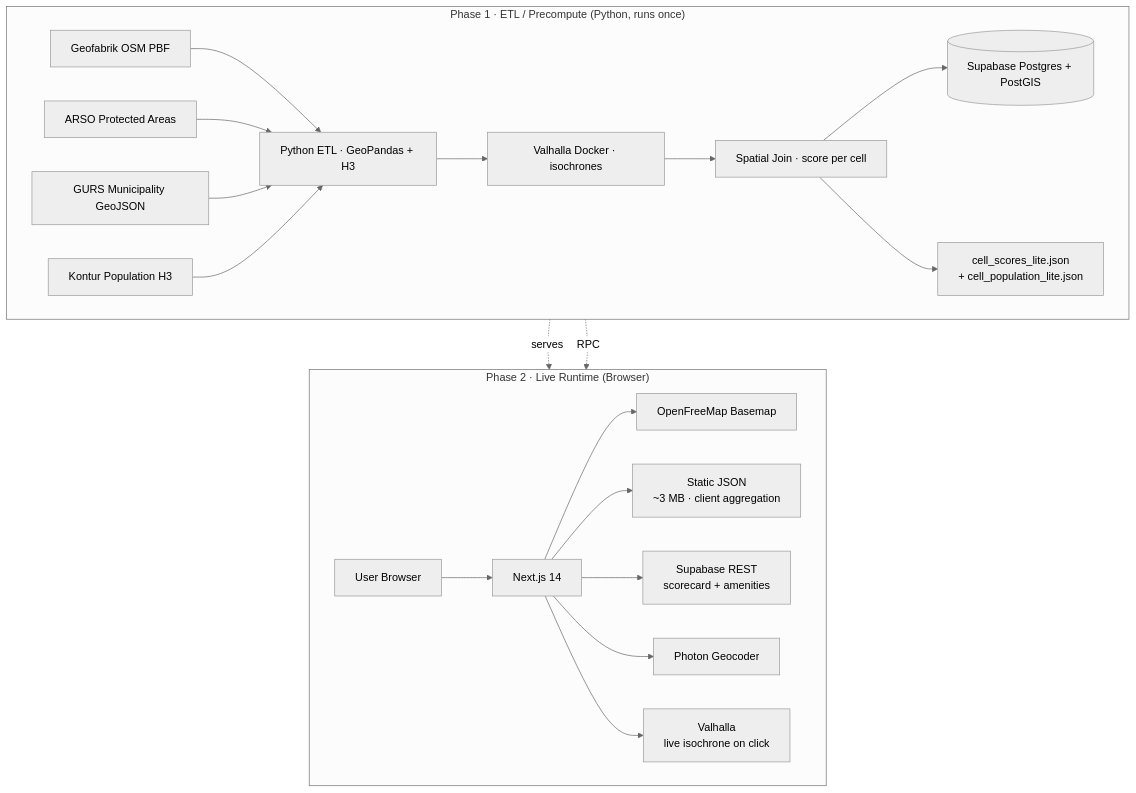
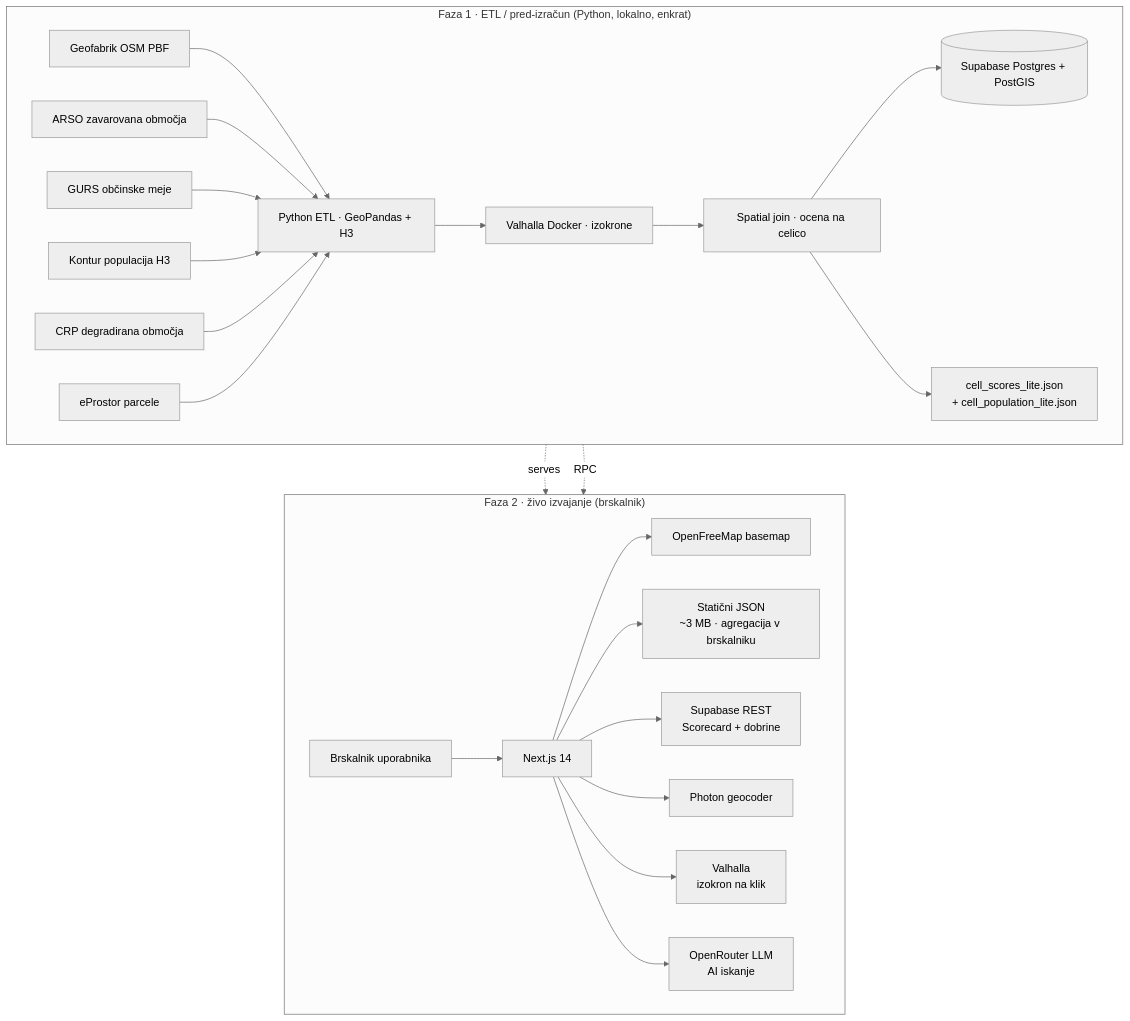
Before and after one commit to TianK003/15min-visualizer: the diagram in README.md, drawn with Mermaid (neutral theme). The commit also changed other lines of this file and 1 other file, not shown here.

````diff
--- a/README.md
+++ b/README.md
@@ -75,27 +94,30 @@
 ```mermaid
 flowchart TB
-  subgraph ETL["Phase 1 · ETL / Precompute (Python, runs once)"]
+  subgraph ETL["Faza 1 · ETL / pred-izračun (Python, lokalno, enkrat)"]
     direction LR
     OSM[Geofabrik OSM PBF] --> PY[Python ETL · GeoPandas + H3]
-    ARSO[ARSO Protected Areas] --> PY
-    GURS[GURS Municipality GeoJSON] --> PY
-    KON[Kontur Population H3] --> PY
-    PY --> VAL[Valhalla Docker · isochrones]
-    VAL --> SJ[Spatial Join · score per cell]
+    ARSO[ARSO zavarovana območja] --> PY
+    GURS[GURS občinske meje] --> PY
+    KON[Kontur populacija H3] --> PY
+    CRP[CRP degradirana območja] --> PY
+    EPR[eProstor parcele] --> PY
+    PY --> VAL[Valhalla Docker · izokrone]
+    VAL --> SJ[Spatial join · ocena na celico]
     SJ --> DB[(Supabase Postgres + PostGIS)]
     SJ --> JSON["cell_scores_lite.json<br/>+ cell_population_lite.json"]
   end
 
-  subgraph LIVE["Phase 2 · Live Runtime (Browser)"]
+  subgraph LIVE["Faza 2 · živo izvajanje (brskalnik)"]
     direction LR
-    USER[User Browser] --> NX[Next.js 14]
-    NX --> MAP[OpenFreeMap Basemap]
-    NX --> CELL["Static JSON<br/>~3 MB · client aggregation"]
-    NX --> SB[Supabase REST<br/>scorecard + amenities]
-    NX --> PH[Photon Geocoder]
-    NX --> VH[Valhalla<br/>live isochrone on click]
+    USER[Brskalnik uporabnika] --> NX[Next.js 14]
+    NX --> MAP[OpenFreeMap basemap]
+    NX --> CELL["Statični JSON<br/>~3 MB · agregacija v brskalniku"]
+    NX --> SB[Supabase REST<br/>Scorecard + dobrine]
+    NX --> PH[Photon geocoder]
+    NX --> VH[Valhalla<br/>izokron na klik]
+    NX --> AI[OpenRouter LLM<br/>AI iskanje]
   end
 
   JSON -.serves.-> CELL
   DB -.RPC.-> SB
 ```
````
